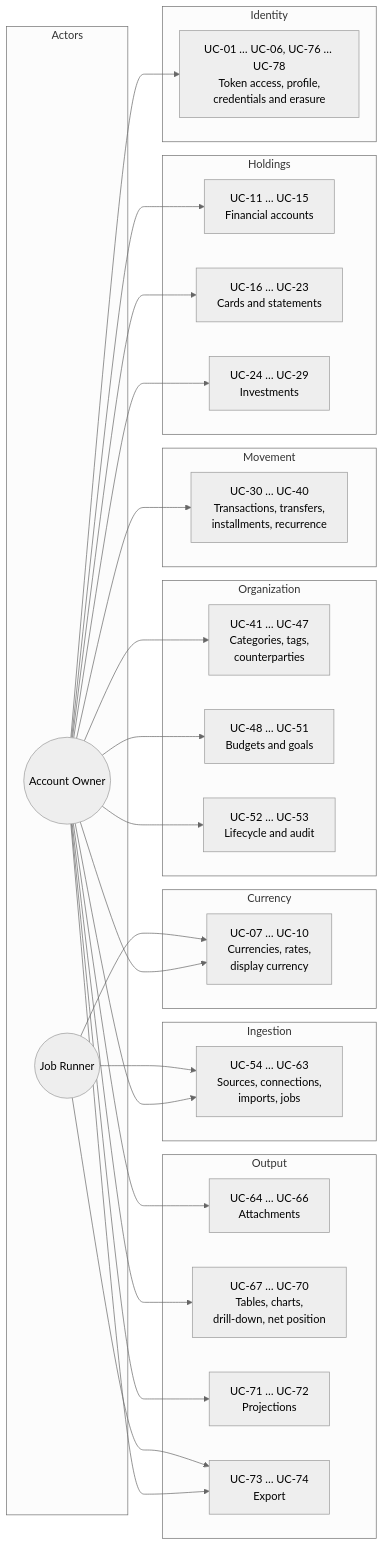
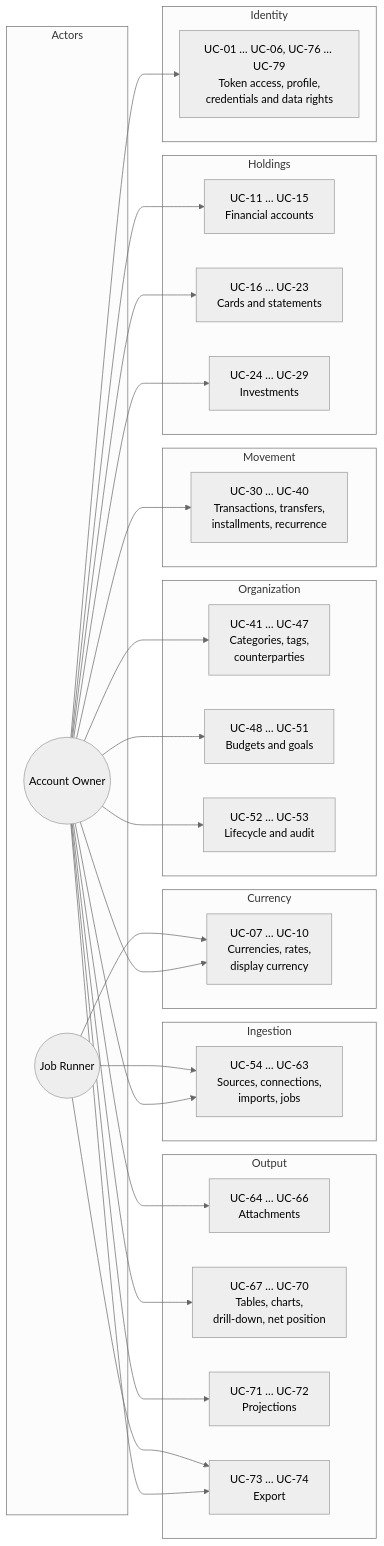
The first of 7 diagrams in docs/requirements/Use Case Specification Document.md (artur-rios/fortuna-api), drawn with Mermaid (neutral theme) before and after one commit. The commit also changed other lines of this file and 39 other files, not shown here.

````diff
--- a/docs/requirements/Use Case Specification Document.md
+++ b/docs/requirements/Use Case Specification Document.md
@@ -45,60 +45,60 @@
 ```mermaid
 graph LR
     subgraph Actors
         OWNER(("Account Owner"))
         RUNNER(("Job Runner"))
     end
 
     subgraph Identity
-        UC01[UC-01 … UC-06, UC-76 … UC-78<br/>Token access, profile,<br/>credentials and erasure]
+        UC01[UC-01 … UC-06, UC-76 … UC-79<br/>Token access, profile,<br/>credentials and data rights]
     end
 
     subgraph Currency
         UC07[UC-07 … UC-10<br/>Currencies, rates,<br/>display currency]
     end
 
     subgraph Holdings
         UC11[UC-11 … UC-15<br/>Financial accounts]
         UC16[UC-16 … UC-23<br/>Cards and statements]
         UC24[UC-24 … UC-29<br/>Investments]
     end
 
     subgraph Movement
         UC30[UC-30 … UC-40<br/>Transactions, transfers,<br/>installments, recurrence]
     end
 
     subgraph Organization
         UC41[UC-41 … UC-47<br/>Categories, tags,<br/>counterparties]
         UC48[UC-48 … UC-51<br/>Budgets and goals]
         UC52[UC-52 … UC-53<br/>Lifecycle and audit]
     end
 
     subgraph Ingestion
         UC54[UC-54 … UC-63<br/>Sources, connections,<br/>imports, jobs]
     end
 
     subgraph Output
         UC64[UC-64 … UC-66<br/>Attachments]
         UC67[UC-67 … UC-70<br/>Tables, charts,<br/>drill-down, net position]
         UC71[UC-71 … UC-72<br/>Projections]
         UC73[UC-73 … UC-74<br/>Export]
     end
 
     OWNER --> UC01
     OWNER --> UC07
     OWNER --> UC11
     OWNER --> UC16
     OWNER --> UC24
     OWNER --> UC30
     OWNER --> UC41
     OWNER --> UC48
     OWNER --> UC52
     OWNER --> UC54
     OWNER --> UC64
     OWNER --> UC67
     OWNER --> UC71
     OWNER --> UC73
     RUNNER --> UC07
     RUNNER --> UC54
     RUNNER --> UC73
 ```
````
